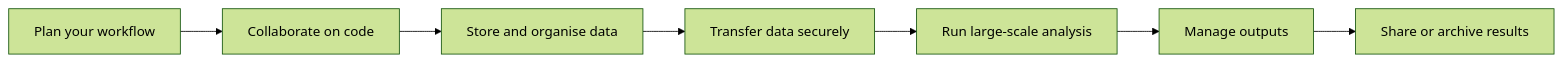
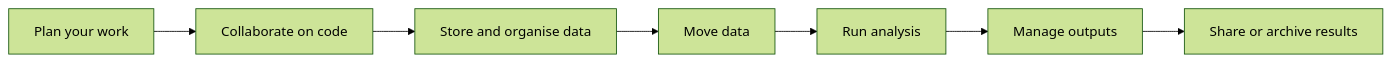
Before and after one commit to uct-eresearch/eresearch-documentation: the diagram in docs/index.md, drawn with Mermaid (forest theme). The commit also changed other lines of this file and 6 other files, not shown here.

````diff
--- a/docs/index.md
+++ b/docs/index.md
@@ -16,9 +13,9 @@
 ```mermaid
 flowchart LR
-    A[Plan your workflow] --> B[Collaborate on code]
+    A[Plan your work] --> B[Collaborate on code]
     B --> C[Store and organise data]
-    C --> D[Transfer data securely]
-    D --> E[Run large-scale analysis]
+    C --> D[Move data]
+    D --> E[Run analysis]
     E --> F[Manage outputs]
     F --> G[Share or archive results]
 ```
````
